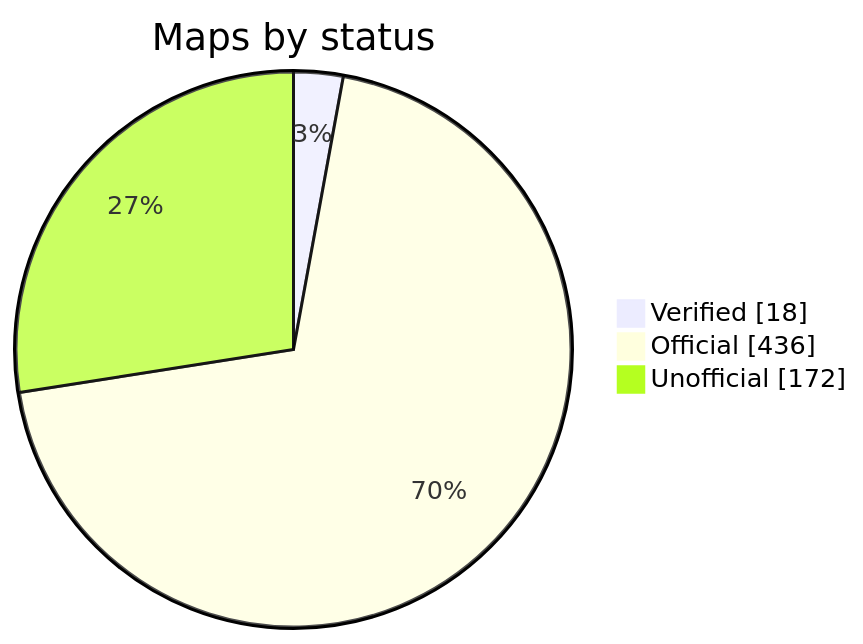
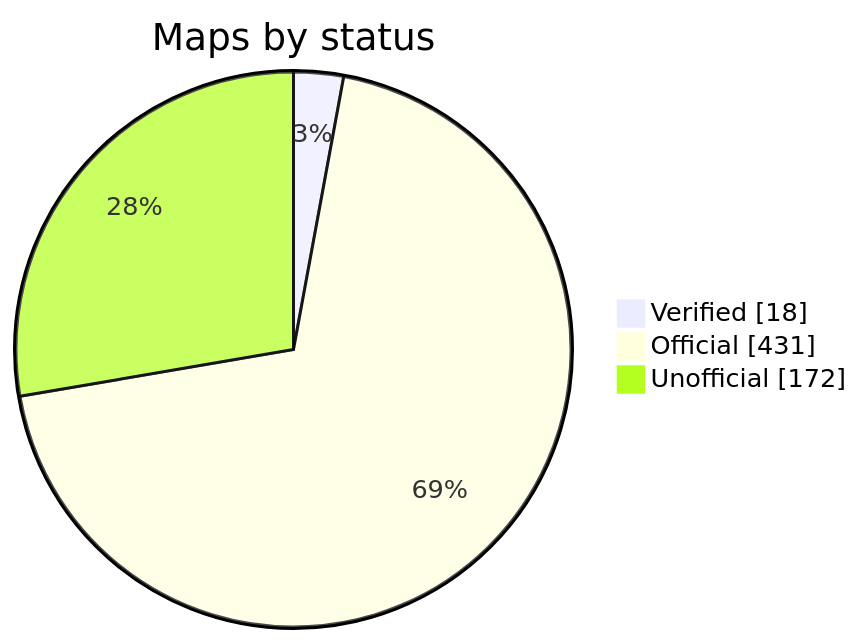
One commit to nobrega8/mbmap-library changed the diagram in README.md. Above: the diagram before and after it, drawn with Mermaid. The commit also changed 14 other files, not shown here.

````diff
--- a/README.md
+++ b/README.md
@@ -52,7 +52,7 @@
 ```mermaid
 pie showData
     title Maps by status
     "Verified" : 18
-    "Official" : 436
+    "Official" : 431
     "Unofficial" : 172
 ```
````
